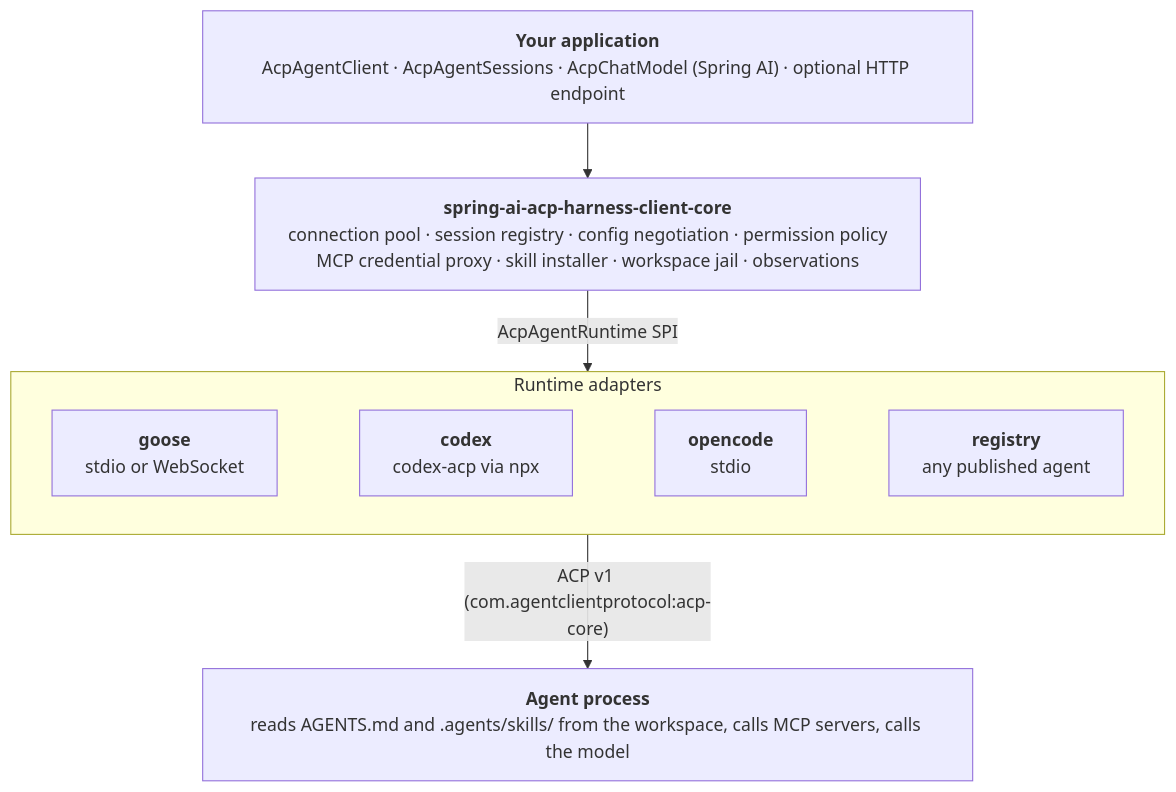
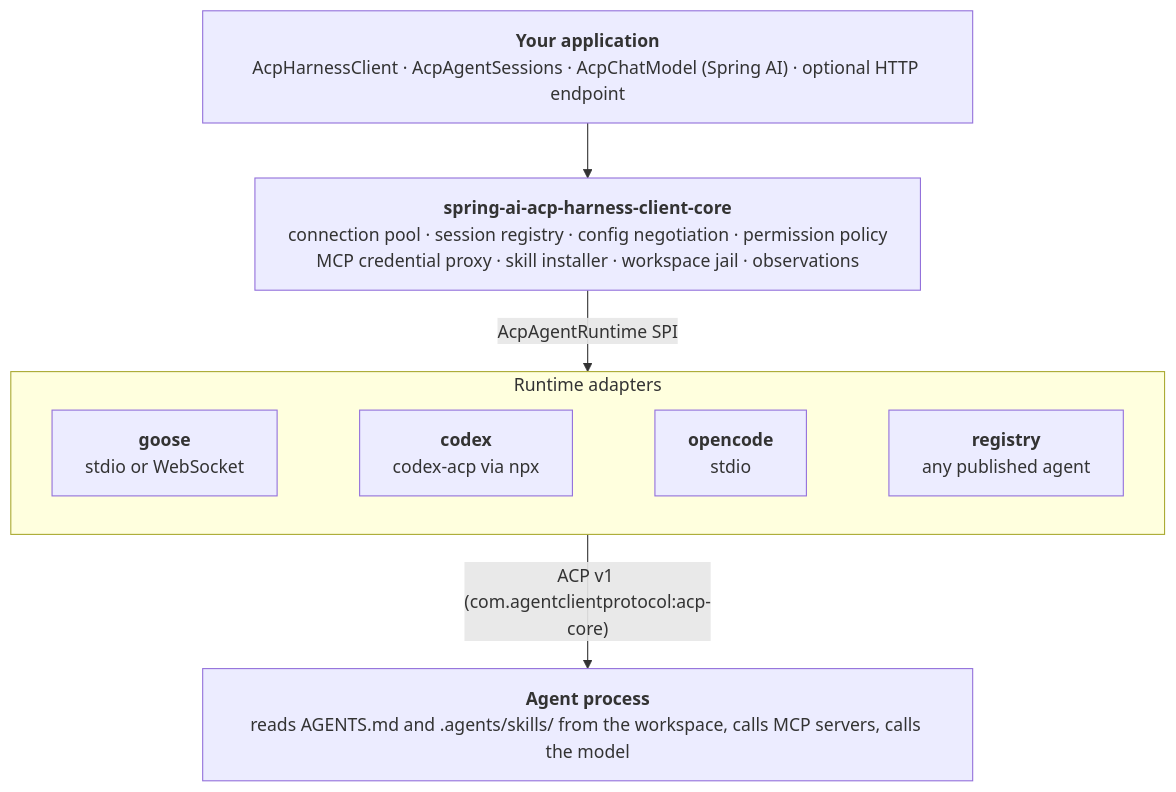
The diagram in docs/index.md (ashakirin/spring-ai-acp-harness-client), drawn with Mermaid before and after one commit. The commit also changed other lines of this file and 52 other files, not shown here.

First line of the commit message:
Rename AcpAgentClient to AcpHarnessClient

````diff
--- a/docs/index.md
+++ b/docs/index.md
@@ -41,22 +43,22 @@
 ```mermaid
 ---
 config:
   flowchart:
     wrappingWidth: 640
 ---
 flowchart TD
-    app["<b>Your application</b><br/>AcpAgentClient · AcpAgentSessions · AcpChatModel (Spring AI) · optional HTTP endpoint"]
+    app["<b>Your application</b><br/>AcpHarnessClient · AcpAgentSessions · AcpChatModel (Spring AI) · optional HTTP endpoint"]
     core["<b>spring-ai-acp-harness-client-core</b><br/>connection pool · session registry · config negotiation · permission policy<br/>MCP credential proxy · skill installer · workspace jail · observations"]
     subgraph adapters["Runtime adapters"]
         direction LR
         goose["<b>goose</b><br/>stdio or WebSocket"]
         codex["<b>codex</b><br/>codex-acp via npx"]
         opencode["<b>opencode</b><br/>stdio"]
         registry["<b>registry</b><br/>any published agent"]
         goose ~~~ codex ~~~ opencode ~~~ registry
     end
     agent["<b>Agent process</b><br/>reads AGENTS.md and .agents/skills/ from the workspace, calls MCP servers, calls the model"]
     app --> core
     core -- "AcpAgentRuntime SPI" --> adapters
     adapters -- "ACP v1 (com.agentclientprotocol:acp-core)" --> agent
 ```
````
